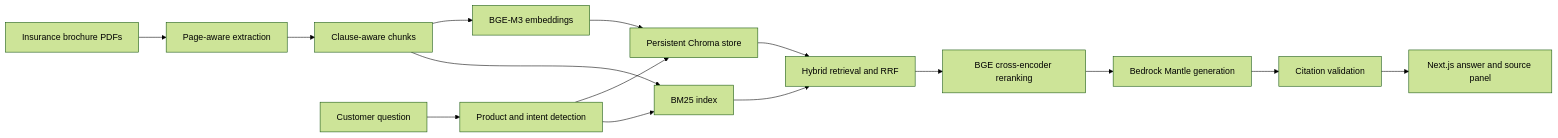
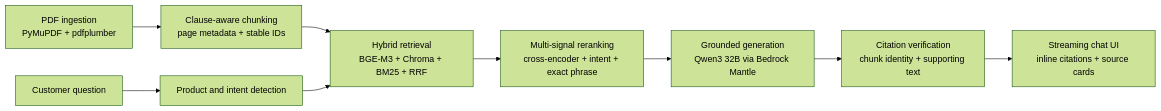
Before and after one commit to irishz12/Benefit-Explorer: the diagram in README.md, drawn with Mermaid (forest theme). The commit also changed other lines of this file and 5 other files, not shown here.

````diff
--- a/README.md
+++ b/README.md
@@ -40,18 +75,11 @@
 ```mermaid
 flowchart LR
-    A["Insurance brochure PDFs"] --> B["Page-aware extraction"]
-    B --> C["Clause-aware chunks"]
-    C --> D["BGE-M3 embeddings"]
-    C --> E["BM25 index"]
-    D --> F["Persistent Chroma store"]
-
-    Q["Customer question"] --> P["Product and intent detection"]
-    P --> F
-    P --> E
-    F --> H["Hybrid retrieval and RRF"]
-    E --> H
-    H --> R["BGE cross-encoder reranking"]
-    R --> G["Bedrock Mantle generation"]
-    G --> V["Citation validation"]
-    V --> U["Next.js answer and source panel"]
+    A["PDF ingestion<br/>PyMuPDF + pdfplumber"] --> B["Clause-aware chunking<br/>page metadata + stable IDs"]
+    B --> C["Hybrid retrieval<br/>BGE-M3 + Chroma + BM25 + RRF"]
+    Q["Customer question"] --> D["Product and intent detection"]
+    D --> C
+    C --> E["Multi-signal reranking<br/>cross-encoder + intent + exact phrase"]
+    E --> F["Grounded generation<br/>Qwen3 32B via Bedrock Mantle"]
+    F --> G["Citation verification<br/>chunk identity + supporting text"]
+    G --> H["Streaming chat UI<br/>inline citations + source cards"]
 ```
````
